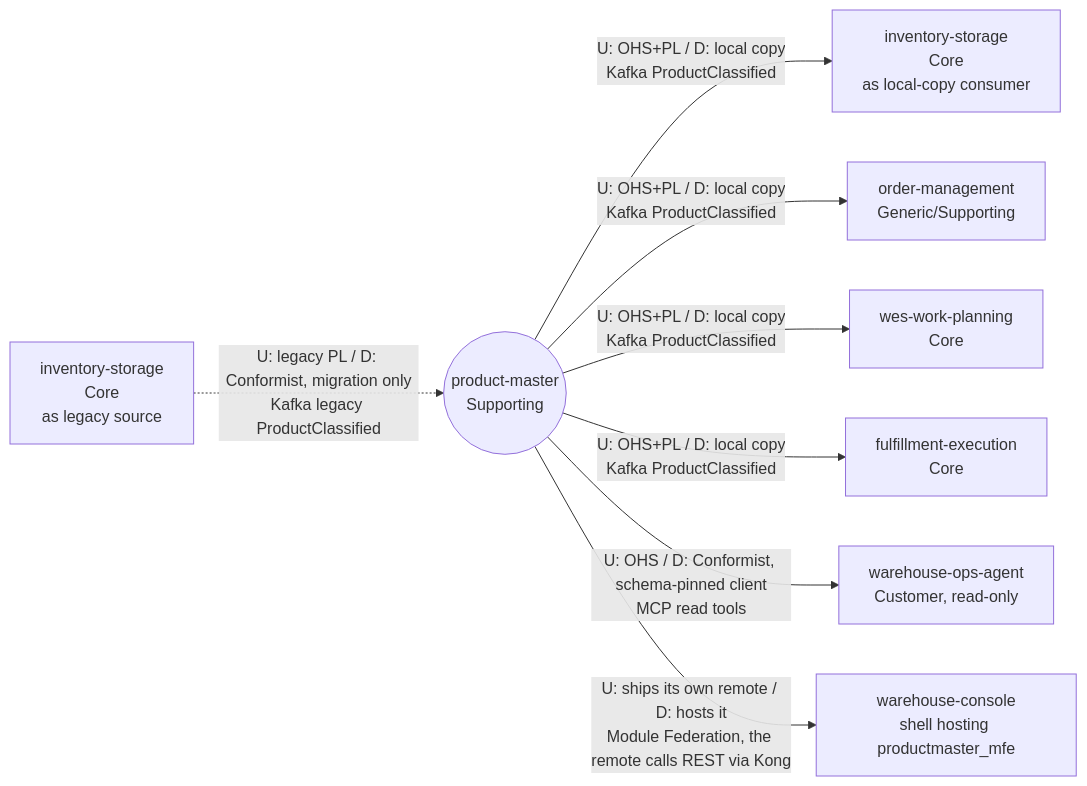
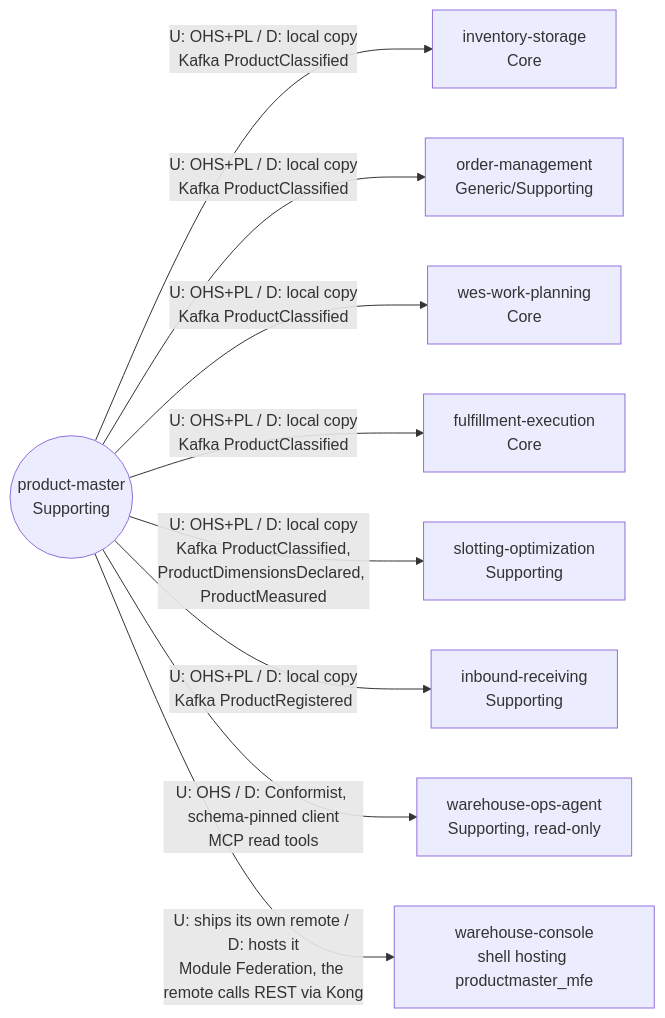
Before and after one commit to IQVO/product-master: the diagram in docs/docs/ddd/context-map.md, drawn with Mermaid. The commit also changed other lines of this file and 13 other files, not shown here.

````diff
--- a/docs/docs/ddd/context-map.md
+++ b/docs/docs/ddd/context-map.md
@@ -17,20 +20,22 @@
 ```mermaid
 flowchart LR
   PM(("product-master<br/>Supporting"))
 
-  INVU["inventory-storage<br/>Core<br/>as legacy source"]
-  INV["inventory-storage<br/>Core<br/>as local-copy consumer"]
+  INV["inventory-storage<br/>Core"]
   OM["order-management<br/>Generic/Supporting"]
   WWP["wes-work-planning<br/>Core"]
   FE["fulfillment-execution<br/>Core"]
-  OPS["warehouse-ops-agent<br/>Customer, read-only"]
+  SO["slotting-optimization<br/>Supporting"]
+  IR["inbound-receiving<br/>Supporting"]
+  OPS["warehouse-ops-agent<br/>Supporting, read-only"]
   CON["warehouse-console<br/>shell hosting productmaster_mfe"]
 
-  INVU -. "U: legacy PL / D: Conformist, migration only<br/>Kafka legacy ProductClassified" .-> PM
   PM -- "U: OHS+PL / D: local copy<br/>Kafka ProductClassified" --> INV
   PM -- "U: OHS+PL / D: local copy<br/>Kafka ProductClassified" --> OM
   PM -- "U: OHS+PL / D: local copy<br/>Kafka ProductClassified" --> WWP
   PM -- "U: OHS+PL / D: local copy<br/>Kafka ProductClassified" --> FE
+  PM -- "U: OHS+PL / D: local copy<br/>Kafka ProductClassified,<br/>ProductDimensionsDeclared, ProductMeasured" --> SO
+  PM -- "U: OHS+PL / D: local copy<br/>Kafka ProductRegistered" --> IR
   PM -- "U: OHS / D: Conformist, schema-pinned client<br/>MCP read tools" --> OPS
   PM -- "U: ships its own remote / D: hosts it<br/>Module Federation, the remote calls REST via Kong" --> CON
 ```
````
